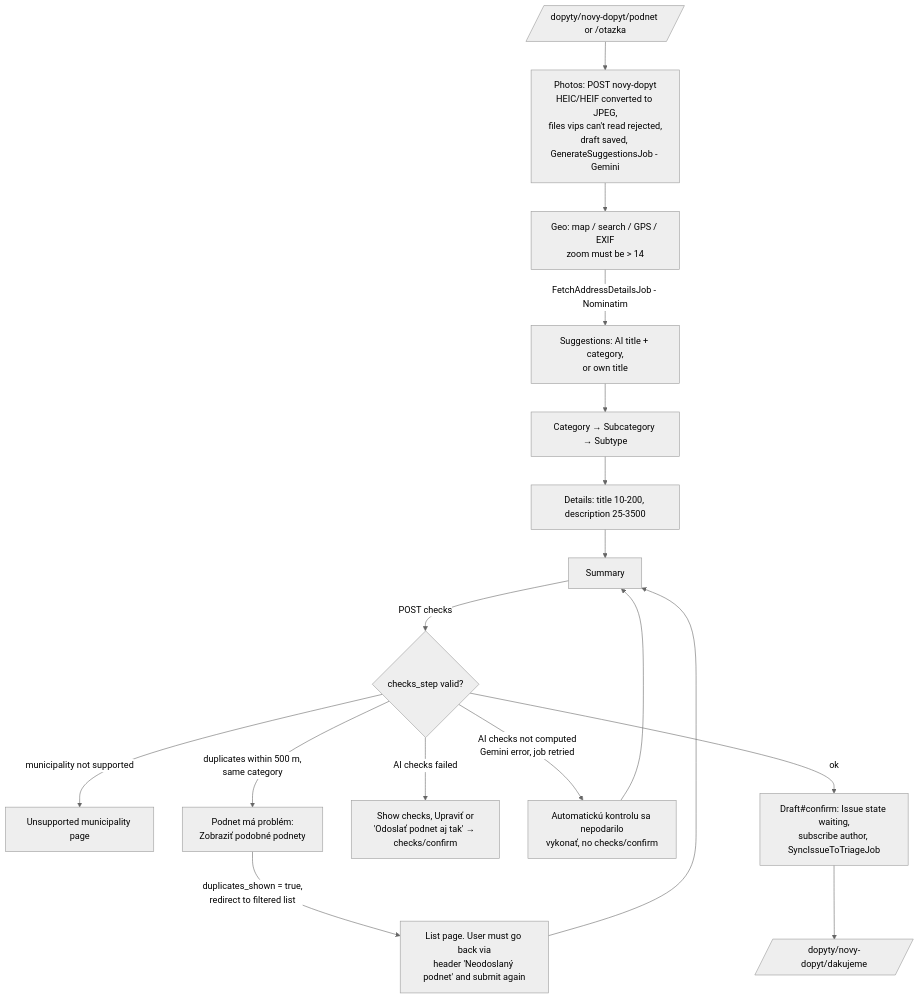
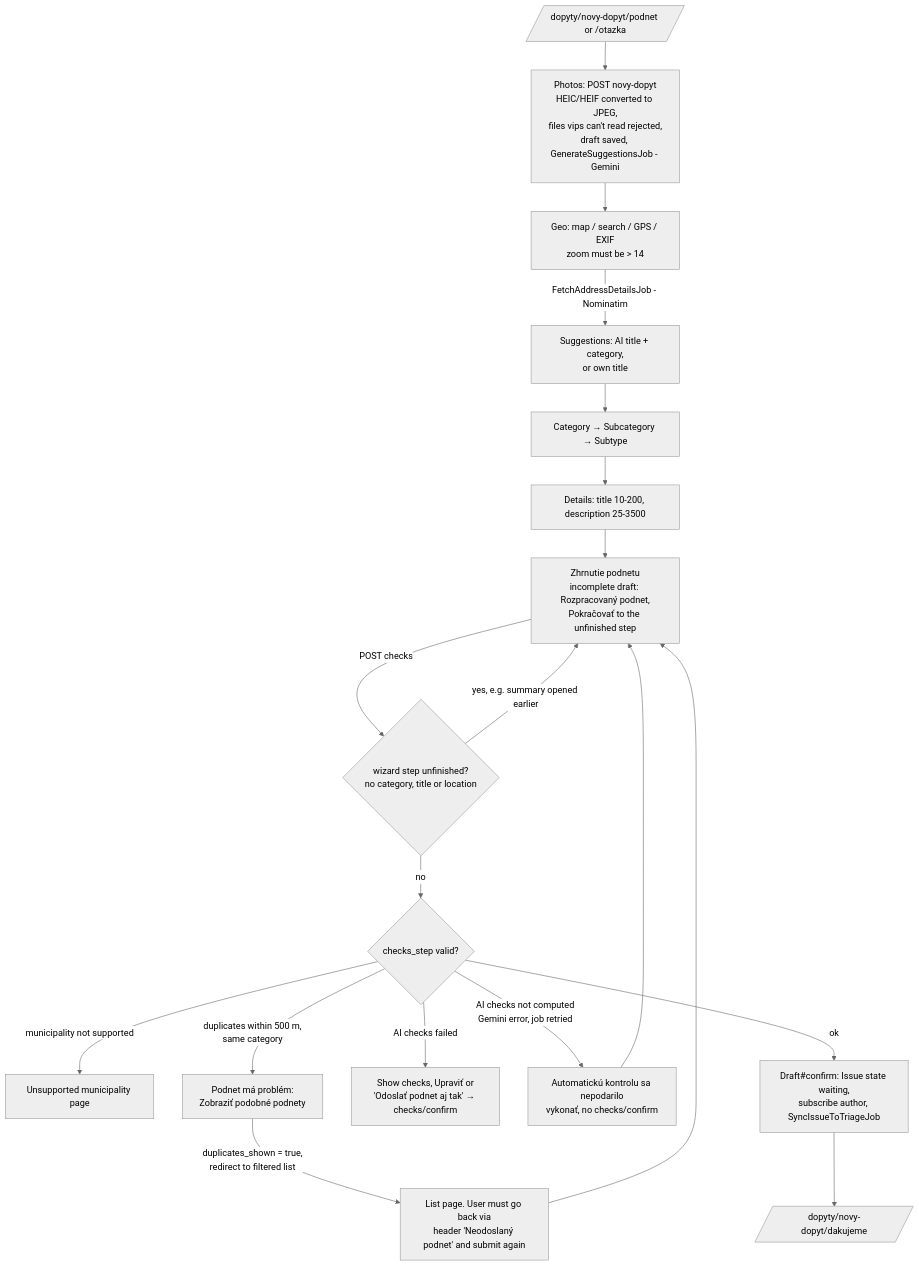
One commit to slovensko-digital/ops-portal changed the first of 3 diagrams in docs/how-it-works/03-submission-and-triage.md. Above: the diagram before and after it, drawn with Mermaid (neutral theme). The commit also changed other lines of this file and 10 other files, not shown here.

First line of the commit message:
fix: don't let an unfinished draft be submitted without a category

````diff
--- a/docs/how-it-works/03-submission-and-triage.md
+++ b/docs/how-it-works/03-submission-and-triage.md
@@ -9,19 +9,21 @@
 ```mermaid
 flowchart TD
   A[/dopyty/novy-dopyt/podnet or /otazka/] --> B[Photos: POST novy-dopyt<br/>HEIC/HEIF converted to JPEG,<br/>files vips can't read rejected,<br/>draft saved, GenerateSuggestionsJob - Gemini]
   B --> C[Geo: map / search / GPS / EXIF<br/>zoom must be > 14]
   C -->|FetchAddressDetailsJob - Nominatim| D[Suggestions: AI title + category,<br/>or own title]
   D --> E[Category → Subcategory → Subtype]
   E --> F[Details: title 10-200, description 25-3500]
-  F --> G[Summary]
-  G -->|POST checks| H{checks_step valid?}
+  F --> G[Zhrnutie podnetu<br/>incomplete draft: Rozpracovaný podnet,<br/>Pokračovať to the unfinished step]
+  G -->|POST checks| G1{wizard step unfinished?<br/>no category, title or location}
+  G1 -->|yes, e.g. summary opened earlier| G
+  G1 -->|no| H{checks_step valid?}
   H -->|municipality not supported| H1[Unsupported municipality page]
   H -->|duplicates within 500 m,<br/>same category| H2[Podnet má problém:<br/>Zobraziť podobné podnety]
   H2 -->|duplicates_shown = true,<br/>redirect to filtered list| H3[List page. User must go back via<br/>header 'Neodoslaný podnet' and submit again]
   H3 --> G
   H -->|AI checks failed| H4[Show checks, Upraviť or<br/>'Odoslať podnet aj tak' → checks/confirm]
   H -->|AI checks not computed<br/>Gemini error, job retried| H5[Automatickú kontrolu sa nepodarilo<br/>vykonať, no checks/confirm]
   H5 --> G
   H -->|ok| I[Draft#confirm: Issue state waiting,<br/>subscribe author, SyncIssueToTriageJob]
   I --> J[/dopyty/novy-dopyt/dakujeme/]
 ```
````
